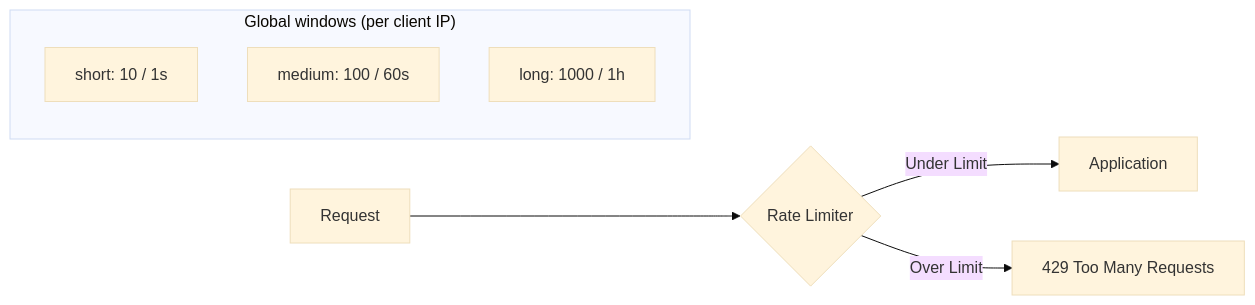
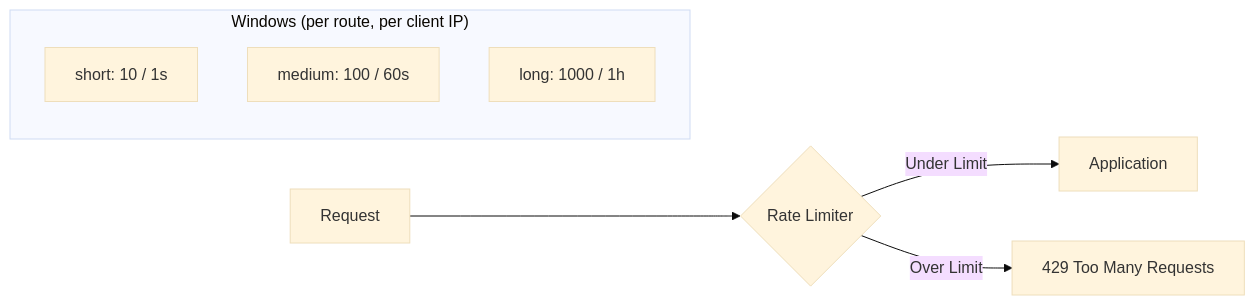
The fifth of 9 diagrams in ventiq_admin_app/docs_wapi/04-security-design.md (Carnaval-Team/VentIQ-seller-App), drawn with Mermaid (base theme) before and after one commit. The commit also changed other lines of this file and 65 other files, not shown here.

````diff
--- a/ventiq_admin_app/docs_wapi/04-security-design.md
+++ b/ventiq_admin_app/docs_wapi/04-security-design.md
@@ -247,12 +335,12 @@
 ```mermaid
 flowchart LR
     REQ[Request] --> RL{Rate Limiter}
     RL -->|Under Limit| APP[Application]
     RL -->|Over Limit| ERR[429 Too Many Requests]
 
-    subgraph Limits["Global windows (per client IP)"]
+    subgraph Limits["Windows (per route, per client IP)"]
         T1[short: 10 / 1s]
         T2[medium: 100 / 60s]
         T3[long: 1000 / 1h]
     end
 ```
````
